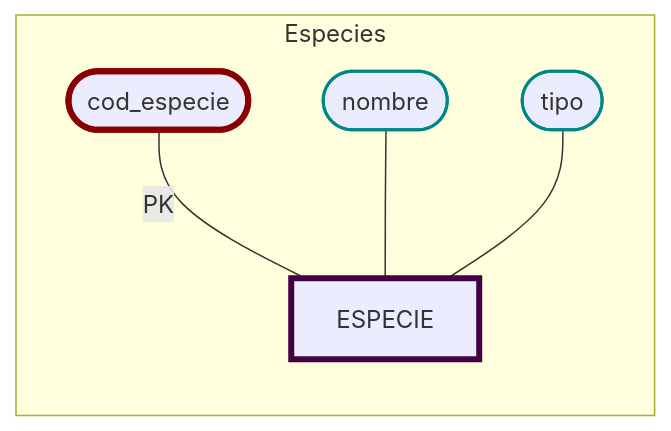
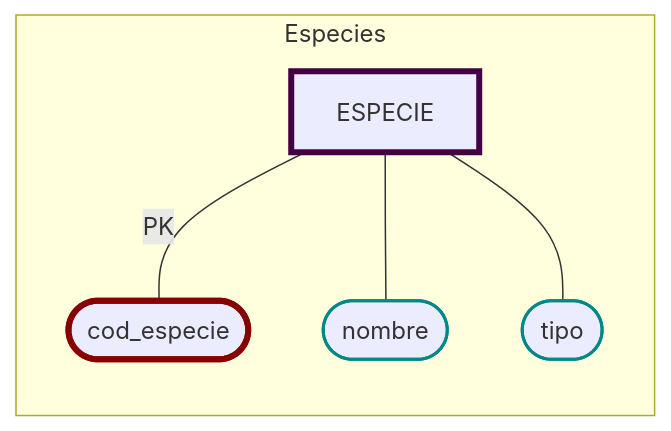
The second of 13 diagrams in DataBases/lonja_DB.md (JulTob/Data), drawn with Mermaid before and after one commit. The commit also changed other lines of this file, not shown here.

````diff
--- a/DataBases/lonja_DB.md
+++ b/DataBases/lonja_DB.md
@@ -84,16 +88,16 @@
 ```mermaid
 flowchart LR   
   classDef atributo stroke:#088,stroke-width:2px;
   classDef pk stroke:#800,stroke-width:4px;
   classDef entidad stroke:#404,stroke-width:4px;
 
   %% Atributos ESPECIE
   subgraph Especies
     Especie[ESPECIE]:::entidad
-    cod_especie([cod_especie]):::pk ---|PK| Especie
-    nombre_especie([nombre]):::atributo --- Especie
-    tipo_especie([tipo]):::atributo --- Especie
+    Especie ---|PK| cod_especie([cod_especie]):::pk 
+    Especie ---nombre_especie([nombre]):::atributo 
+    Especie ---tipo_especie([tipo]):::atributo 
     end
 
 
 ```
````
